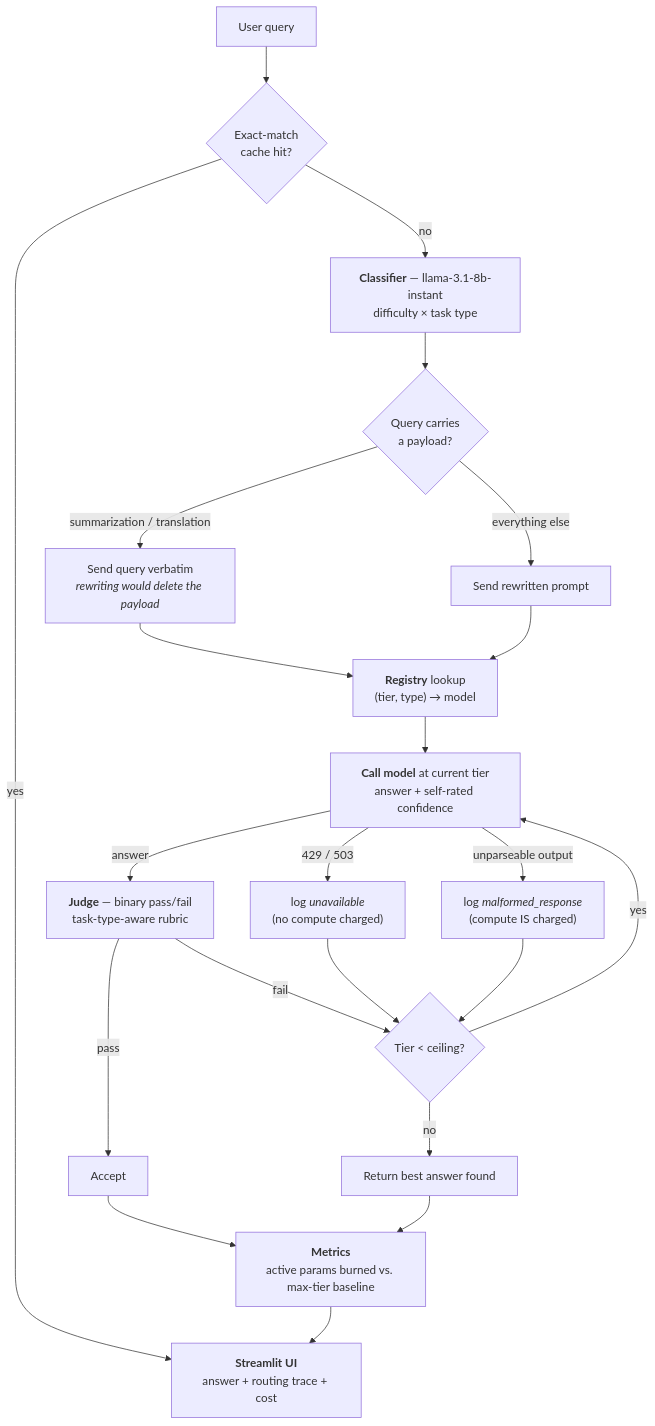
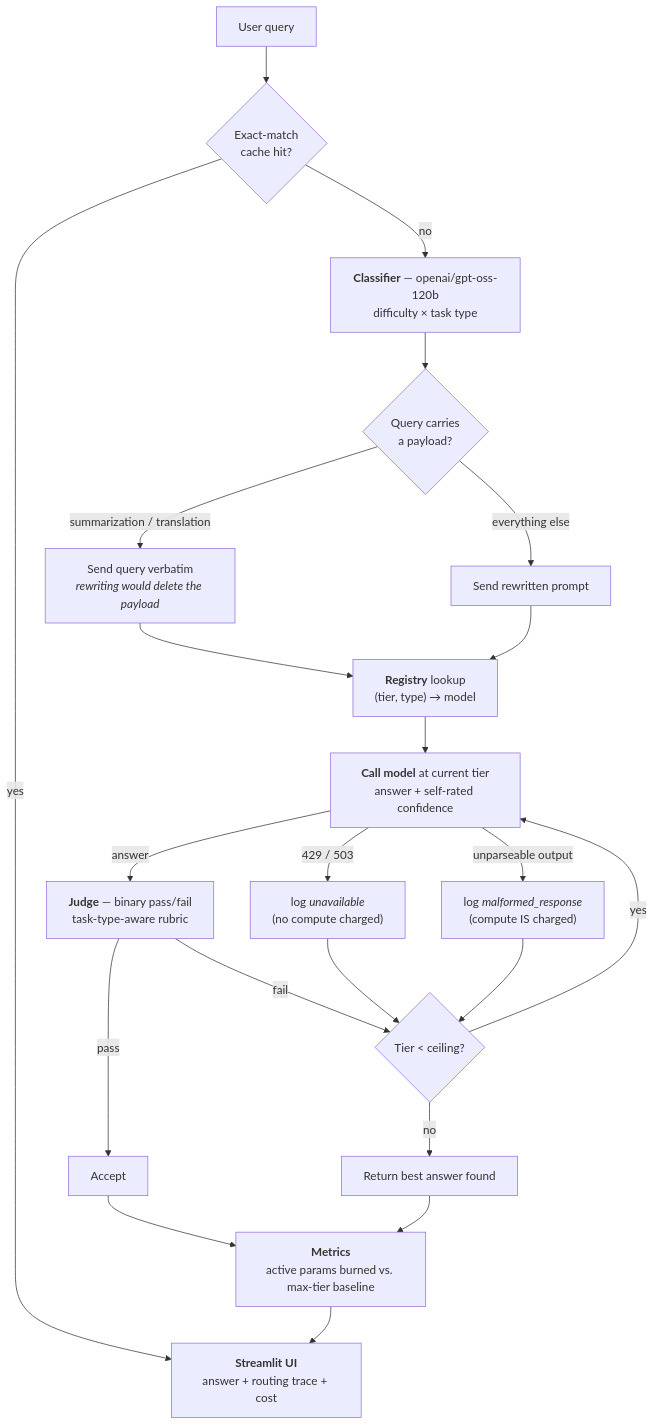
Before and after one commit to Mithun095/ladder-llm: the diagram in README.md, drawn with Mermaid. The commit also changed other lines of this file and 6 other files, not shown here.

````diff
--- a/README.md
+++ b/README.md
@@ -27,24 +27,24 @@
 ```mermaid
 flowchart TD
     Q[User query] --> C{Exact-match<br/>cache hit?}
     C -->|yes| OUT
-    C -->|no| CL["<b>Classifier</b> — llama-3.1-8b-instant<br/>difficulty × task type"]
+    C -->|no| CL["<b>Classifier</b> — openai/gpt-oss-120b<br/>difficulty × task type"]
     CL --> RW{"Query carries<br/>a payload?"}
     RW -->|"summarization / translation"| RAW["Send query verbatim<br/><i>rewriting would delete the payload</i>"]
     RW -->|"everything else"| OPT["Send rewritten prompt"]
     RAW --> REG
     OPT --> REG["<b>Registry</b> lookup<br/>(tier, type) → model"]
     REG --> M["<b>Call model</b> at current tier<br/>answer + self-rated confidence"]
     M -->|"429 / 503"| SKIP["log <i>unavailable</i><br/>(no compute charged)"]
     M -->|"unparseable output"| BAD["log <i>malformed_response</i><br/>(compute IS charged)"]
     M -->|answer| J["<b>Judge</b> — binary pass/fail<br/>task-type-aware rubric"]
     J -->|pass| ACC["Accept"]
     J -->|fail| ESC
     SKIP --> ESC
     BAD --> ESC{"Tier &lt; ceiling?"}
     ESC -->|yes| M
     ESC -->|no| FAIL["Return best answer found"]
     ACC --> MET["<b>Metrics</b><br/>active params burned vs. max-tier baseline"]
     FAIL --> MET
     MET --> OUT["<b>Streamlit UI</b><br/>answer + routing trace + cost"]
 ```
````
